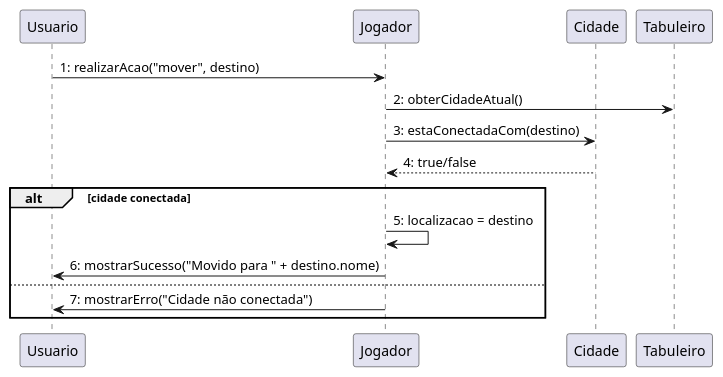
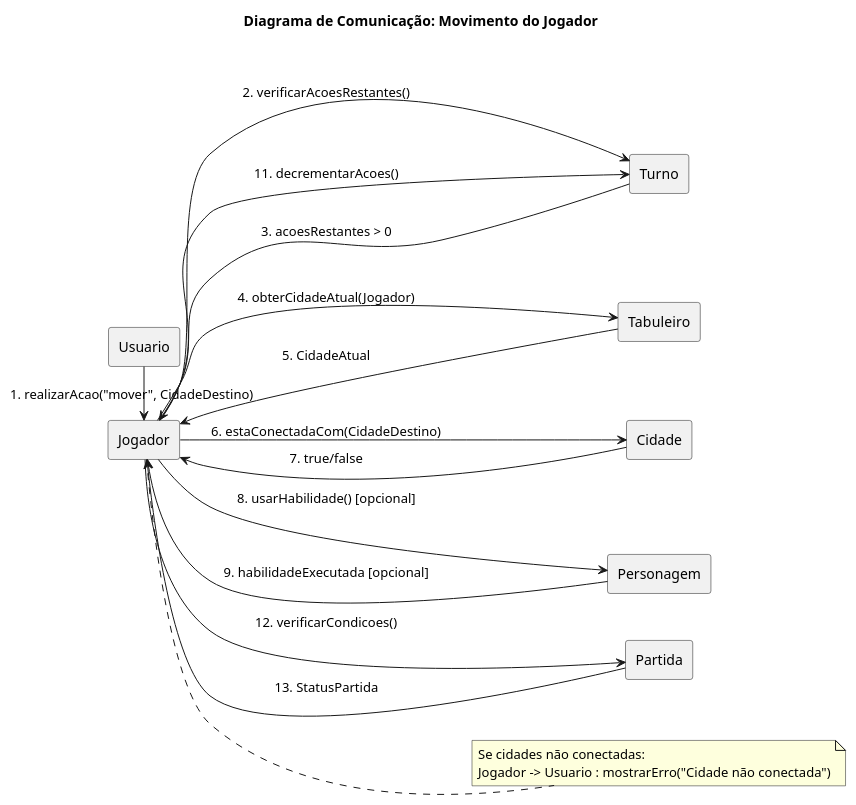
One commit to lionezajoao/trabalho-ps changed the diagram in docs/diagram/communication/pandemic_comunication_diagram_move.wsd. Above: the diagram before and after it, drawn with PlantUML. The commit also changed other lines of this file and 9 other files, not shown here.

First line of the commit message:
feat: Add sequence diagram for player card discard process

```diff
--- a/docs/diagram/communication/pandemic_comunication_diagram_move.wsd
+++ b/docs/diagram/communication/pandemic_comunication_diagram_move.wsd
@@ -3,19 +3,37 @@
-@startuml DiagramaComunicacaoMover
-participant Usuario
-participant Jogador
-participant Cidade
-participant Tabuleiro
+@startuml DiagramaComunicacaoMoverJogador
+title Diagrama de Comunicação: Movimento do Jogador
 
-Usuario -> Jogador : 1: realizarAcao("mover", destino)
-Jogador -> Tabuleiro : 2: obterCidadeAtual()
-Jogador -> Cidade : 3: estaConectadaCom(destino)
-Cidade --> Jogador : 4: true/false
+left to right direction
 
-alt cidade conectada
-    Jogador -> Jogador : 5: localizacao = destino
-    Jogador -> Usuario : 6: mostrarSucesso("Movido para " + destino.nome)
-else
-    Jogador -> Usuario : 7: mostrarErro("Cidade não conectada")
-end
+rectangle Usuario
+rectangle Jogador
+rectangle Turno
+rectangle Tabuleiro
+rectangle "Cidade" as CidadeAtual
+rectangle Personagem
+rectangle Partida
+
+Usuario -> Jogador : 1. realizarAcao("mover", CidadeDestino)
+Jogador -> Turno : 2. verificarAcoesRestantes()
+Turno --> Jogador : 3. acoesRestantes > 0
+
+Jogador -> Tabuleiro : 4. obterCidadeAtual(Jogador)
+Tabuleiro --> Jogador : 5. CidadeAtual
+
+' Aqui indicamos o parâmetro CidadeDestino na mensagem
+Jogador -> CidadeAtual : 6. estaConectadaCom(CidadeDestino)
+CidadeAtual --> Jogador : 7. true/false
+
+Jogador -> Personagem : 8. usarHabilidade() [opcional]
+Personagem --> Jogador : 9. habilidadeExecutada [opcional]
+
+Jogador -> Turno : 11. decrementarAcoes()
+Jogador -> Partida : 12. verificarCondicoes()
+Partida --> Jogador : 13. StatusPartida
+
+note right of Jogador
+Se cidades não conectadas:
+Jogador -> Usuario : mostrarErro("Cidade não conectada")
+end note
 
 @enduml
```
